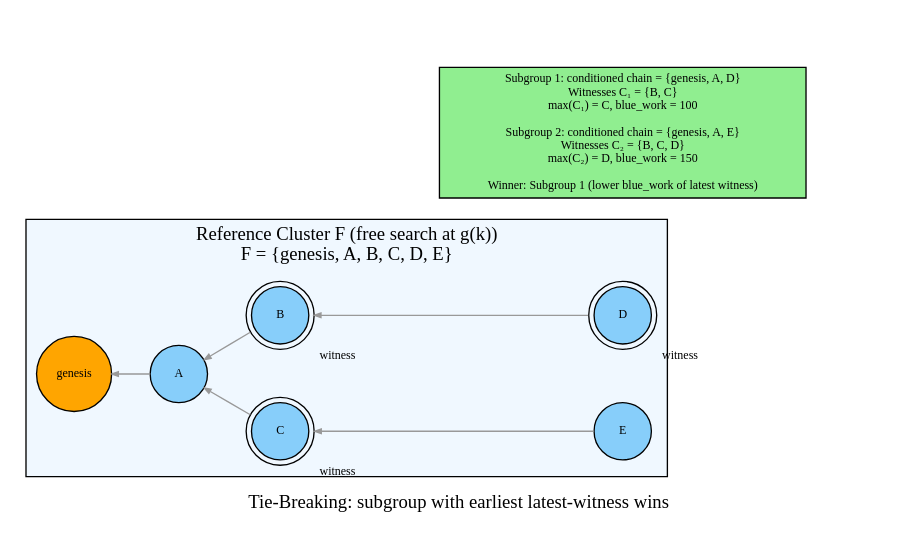
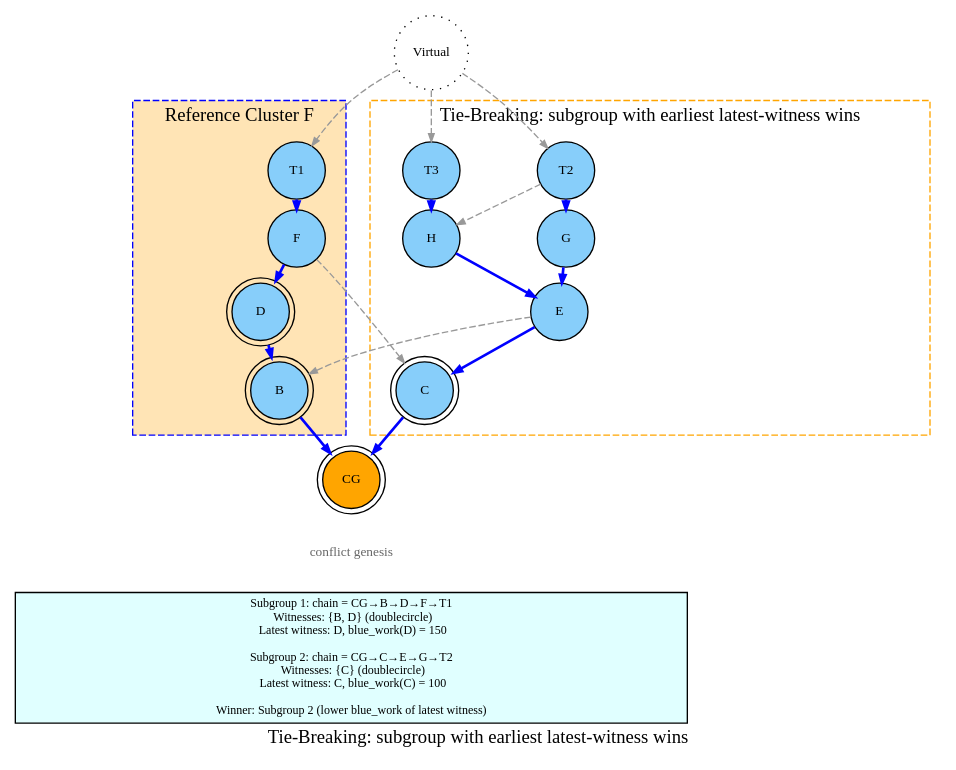
Before and after one commit to coderofstuff/dk-wiki: the diagram in dot/07-tie-breaking-example.dot, drawn with Graphviz. The commit also changed 12 other files, not shown here.

Commit message:
Initial better images based on standard graph

```diff
--- a/dot/07-tie-breaking-example.dot
+++ b/dot/07-tie-breaking-example.dot
@@ -1,35 +1,68 @@
 digraph tie_breaking_example {
-    rankdir=RL;
-    nodesep=0.5;
-    ranksep=0.4;
-    node [shape=circle, style=filled, fontsize=9, width=0.6, height=0.6];
-    edge [arrowsize=0.5, color=gray60];
+    rankdir=TB;
+    nodesep=0.8;
+    ranksep=0.1;
+    node [shape=circle, style=filled, fontsize=10, width=0.6, height=0.6];
+    edge [arrowsize=0.6, color=gray60];
 
     label="Tie-Breaking: subgroup with earliest latest-witness wins";
 
-    GEN [label="genesis", fillcolor=orange];
-    A [label="A", fillcolor=lightskyblue];
-    B [label="B", fillcolor=lightskyblue, shape=doublecircle, xlabel="witness"];
-    C [label="C", fillcolor=lightskyblue, shape=doublecircle, xlabel="witness"];
-    D [label="D", fillcolor=lightskyblue, shape=doublecircle, xlabel="witness"];
-    E [label="E", fillcolor=lightskyblue];
+    CG [label="CG", fillcolor=orange, shape=doublecircle];
 
-    // Reference cluster
-    subgraph cluster_f {
-        label="Reference Cluster F (free search at g(k))\nF = {genesis, A, B, C, D, E}";
+    Virtual [label="Virtual", shape=circle, style=dotted, fillcolor=white];
+
+    subgraph cluster_left {
+        label="Reference Cluster F";
         labelloc=t;
-        style=filled;
-        fillcolor=aliceblue;
-
-        A -> GEN;
-        B -> A;
-        C -> A;
-        D -> B;
-        E -> C;
+        style="dashed";
+        color=blue;
+        fillcolor=moccasin;
+        style="dashed,filled";
+        B [label="B", fillcolor=lightskyblue, shape=doublecircle];
+        D [label="D", fillcolor=lightskyblue, shape=doublecircle];
+        F [label="F", fillcolor=lightskyblue];
+        T1 [label="T1", fillcolor=lightskyblue];
     }
 
-    subgraph cluster_result {
-        style=invis;
-        WINNER [label="Subgroup 1: conditioned chain = {genesis, A, D}\nWitnesses C₁ = {B, C}\nmax(C₁) = C, blue_work = 100\n\nSubgroup 2: conditioned chain = {genesis, A, E}\nWitnesses C₂ = {B, C, D}\nmax(C₂) = D, blue_work = 150\n\nWinner: Subgroup 1 (lower blue_work of latest witness)", shape=box, style=filled, fillcolor=lightgreen, fontsize=9];
+    subgraph cluster_right {
+        labelloc=t;
+        style="dashed";
+        color=orange;
+        C [label="C", fillcolor=lightskyblue, shape=doublecircle];
+        E [label="E", fillcolor=lightskyblue];
+        G [label="G", fillcolor=lightskyblue];
+        T2 [label="T2", fillcolor=lightskyblue];
+        H [label="H", fillcolor=lightskyblue];
+        T3 [label="T3", fillcolor=lightskyblue];
     }
+
+    CG_lbl [label="conflict genesis", shape=plaintext, style=filled, fillcolor=none, fontsize=10, fontcolor=gray40, width=0];
+
+    NOTE [label="Subgroup 1: chain = CG→B→D→F→T1\n  Witnesses: {B, D} (doublecircle)\n  Latest witness: D, blue_work(D) = 150\n\nSubgroup 2: chain = CG→C→E→G→T2\n  Witnesses: {C} (doublecircle)\n  Latest witness: C, blue_work(C) = 100\n\nWinner: Subgroup 2 (lower blue_work of latest witness)", shape=box, style=filled, fillcolor=lightcyan, fontsize=9, width=7];
+
+    // Blue chain-parent edges
+    D -> B [color=blue, penwidth=2.0];
+    F -> D [color=blue, penwidth=2.0];
+    T1 -> F [color=blue, penwidth=2.0];
+    E -> C [color=blue, penwidth=2.0];
+    G -> E [color=blue, penwidth=2.0];
+    T2 -> G [color=blue, penwidth=2.0];
+    H -> E [color=blue, penwidth=2.0];
+    T3 -> H [color=blue, penwidth=2.0];
+
+    B -> CG [color=blue, penwidth=2.0];
+    C -> CG [color=blue, penwidth=2.0];
+
+    // Cross edges
+    T2 -> H [color=gray60, penwidth=1.0, style=dashed];
+    F -> C [color=gray60, penwidth=1.0, style=dashed];
+    E -> B [color=gray60, penwidth=1.0, style=dashed];
+
+    CG -> CG_lbl [style=invis];
+    CG_lbl -> NOTE [style=invis];
+
+    Virtual -> T1 [color=gray60, penwidth=1.0, style=dashed];
+    Virtual -> T2 [color=gray60, penwidth=1.0, style=dashed];
+    Virtual -> T3 [color=gray60, penwidth=1.0, style=dashed];
+
 }
```
